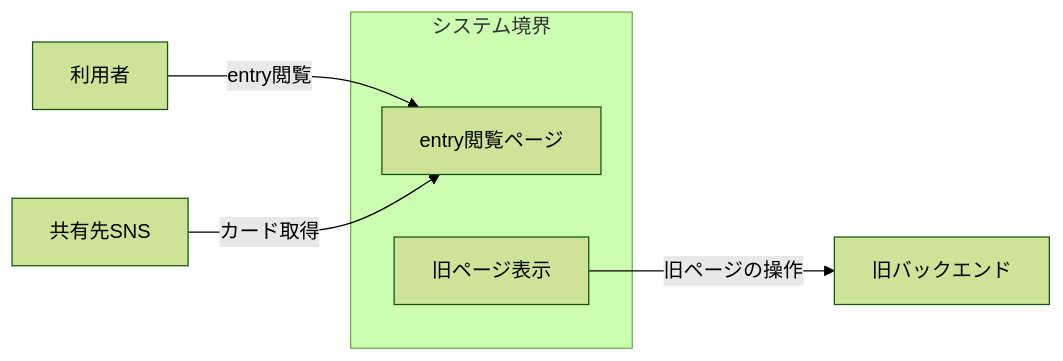
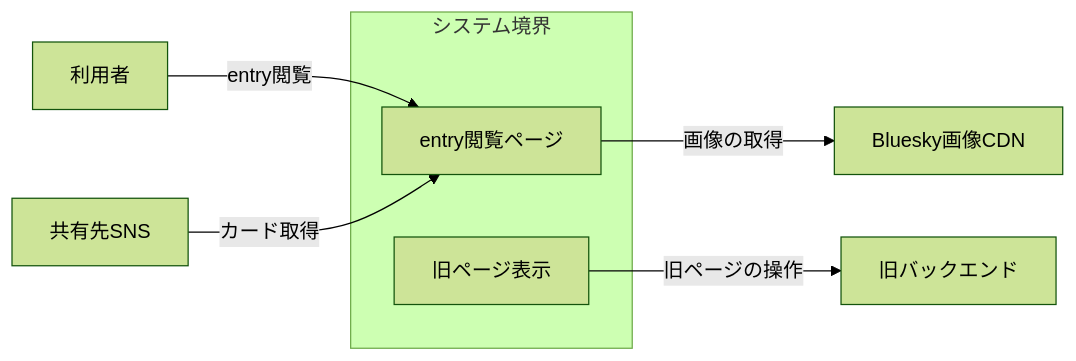
One commit to nekono-dev/skyshare changed the second of 5 diagrams in docs/architecture/public-view.md. Above: the diagram before and after it, drawn with Mermaid (forest theme). The commit also changed other lines of this file and 4 other files, not shown here.

Commit message:
architecture に WebShare・候補取得・画像CDN・ゲスト表示などの漏れを追記

````diff
--- a/docs/architecture/public-view.md
+++ b/docs/architecture/public-view.md
@@ -47,10 +49,11 @@
 ```mermaid
 flowchart LR
   subgraph システム境界
     view["entry閲覧ページ"]
     legacy["旧ページ表示"]
   end
   ext_user["利用者"] -->|entry閲覧| view
   ext_sns["共有先SNS"] -->|カード取得| view
   legacy -->|旧ページの操作| ext_legacy["旧バックエンド"]
+  view -->|画像の取得| ext_cdn["Bluesky画像CDN"]
 ```
````
